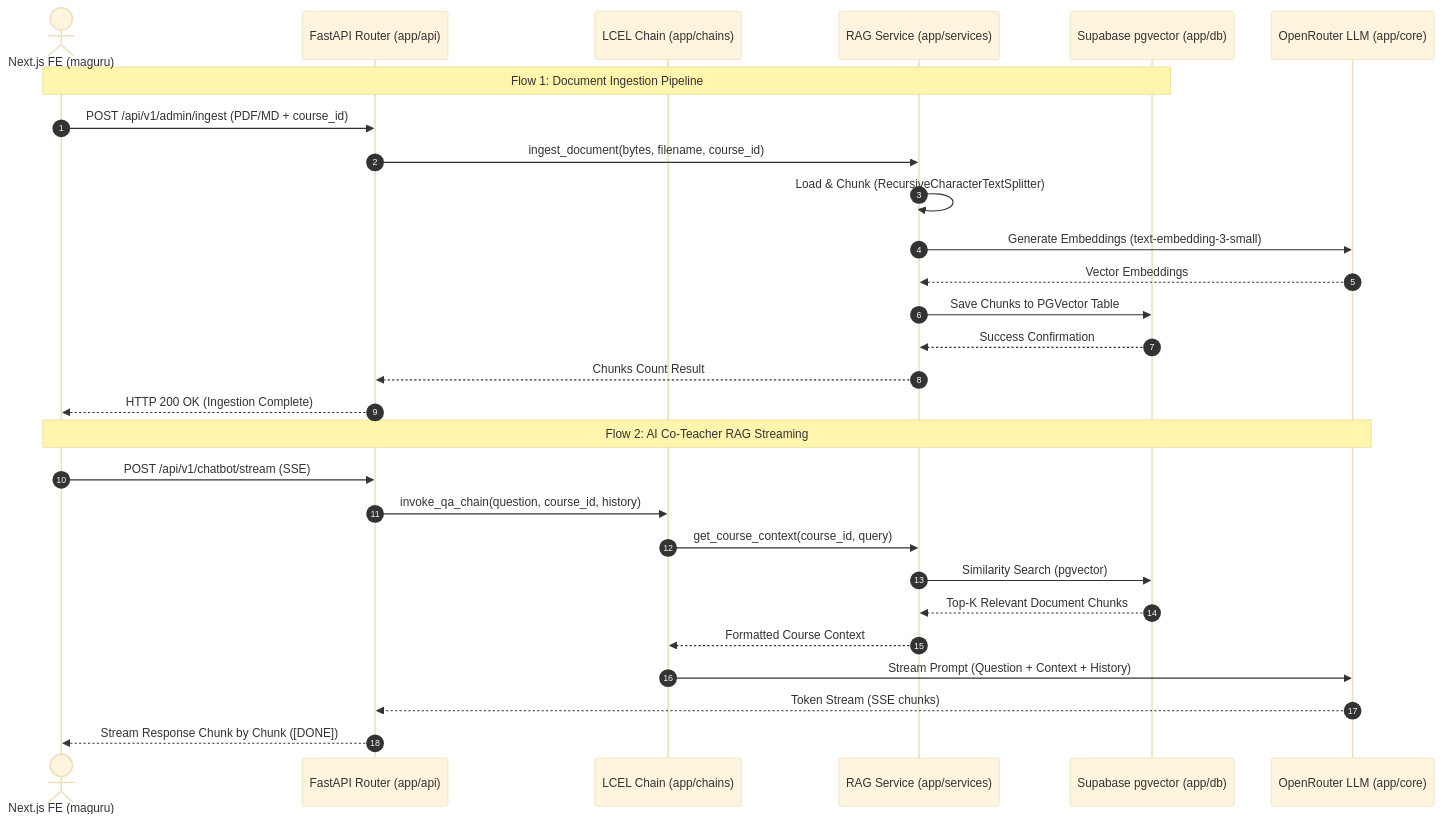
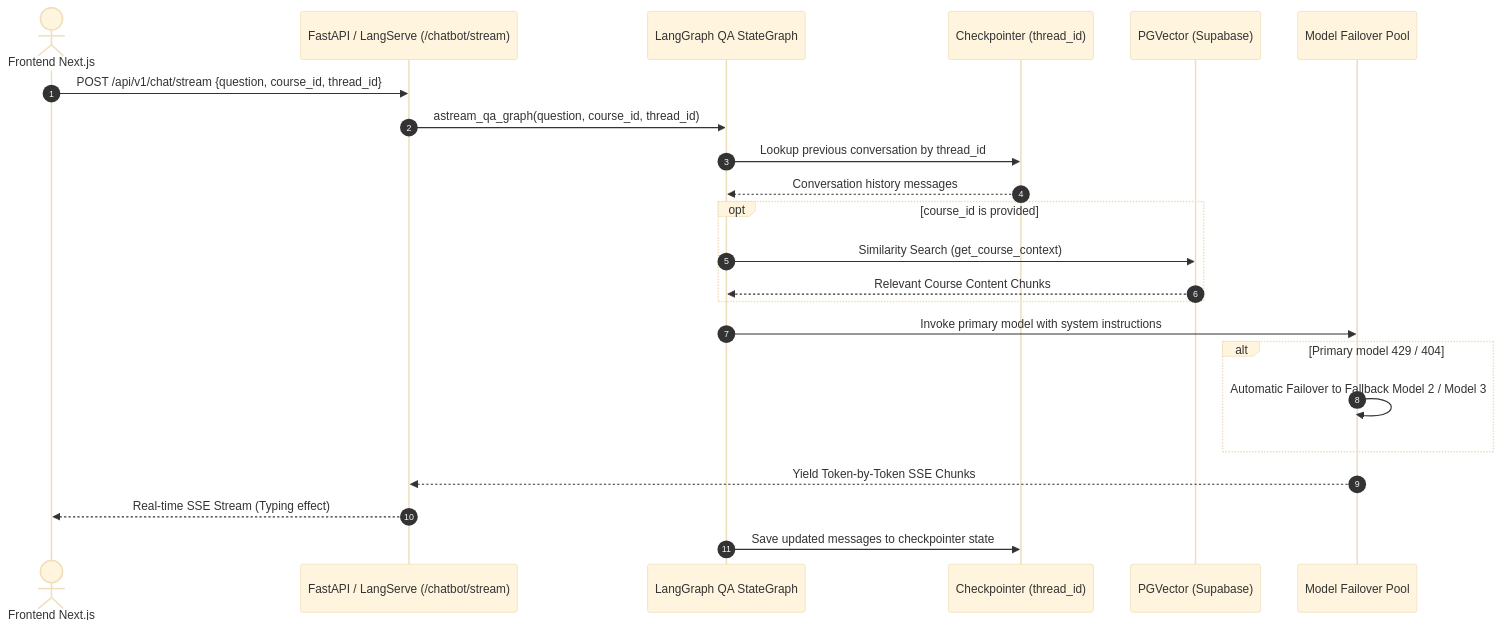
The second of 3 diagrams in docs/architecture.md (EviewNicks/maguru-model), drawn with Mermaid (base theme) before and after one commit. The commit also changed other lines of this file and 49 other files, not shown here.

````diff
--- a/docs/architecture.md
+++ b/docs/architecture.md
@@ -101,34 +151,26 @@
 ```mermaid
 sequenceDiagram
     autonumber
-    actor Client as Next.js FE (maguru)
-    participant API as FastAPI Router (app/api)
-    participant Chain as LCEL Chain (app/chains)
-    participant Service as RAG Service (app/services)
-    participant DB as Supabase pgvector (app/db)
-    participant LLM as OpenRouter LLM (app/core)
+    actor Siswa as Frontend Next.js
+    participant API as FastAPI / LangServe (/chatbot/stream)
+    participant Graph as LangGraph QA StateGraph
+    participant Mem as Checkpointer (thread_id)
+    participant Vector as PGVector (Supabase)
+    participant Pool as Model Failover Pool
 
-    %% Flow 1: Ingestion
-    note over Client, DB: Flow 1: Document Ingestion Pipeline
-    Client->>API: POST /api/v1/admin/ingest (PDF/MD + course_id)
-    API->>Service: ingest_document(bytes, filename, course_id)
-    Service->>Service: Load & Chunk (RecursiveCharacterTextSplitter)
-    Service->>LLM: Generate Embeddings (text-embedding-3-small)
-    LLM-->>Service: Vector Embeddings
-    Service->>DB: Save Chunks to PGVector Table
-    DB-->>Service: Success Confirmation
-    Service-->>API: Chunks Count Result
-    API-->>Client: HTTP 200 OK (Ingestion Complete)
-
-    %% Flow 2: SSE Chat Streaming
-    note over Client, LLM: Flow 2: AI Co-Teacher RAG Streaming
-    Client->>API: POST /api/v1/chatbot/stream (SSE)
-    API->>Chain: invoke_qa_chain(question, course_id, history)
-    Chain->>Service: get_course_context(course_id, query)
-    Service->>DB: Similarity Search (pgvector)
-    DB-->>Service: Top-K Relevant Document Chunks
-    Service-->>Chain: Formatted Course Context
-    Chain->>LLM: Stream Prompt (Question + Context + History)
-    LLM-->>API: Token Stream (SSE chunks)
-    API-->>Client: Stream Response Chunk by Chunk ([DONE])
+    Siswa->>API: POST /api/v1/chat/stream {question, course_id, thread_id}
+    API->>Graph: astream_qa_graph(question, course_id, thread_id)
+    Graph->>Mem: Lookup previous conversation by thread_id
+    Mem-->>Graph: Conversation history messages
+    opt course_id is provided
+        Graph->>Vector: Similarity Search (get_course_context)
+        Vector-->>Graph: Relevant Course Content Chunks
+    end
+    Graph->>Pool: Invoke primary model with system instructions
+    alt Primary model 429 / 404
+        Pool->>Pool: Automatic Failover to Fallback Model 2 / Model 3
+    end
+    Pool-->>API: Yield Token-by-Token SSE Chunks
+    API-->>Siswa: Real-time SSE Stream (Typing effect)
+    Graph->>Mem: Save updated messages to checkpointer state
 ```
````
